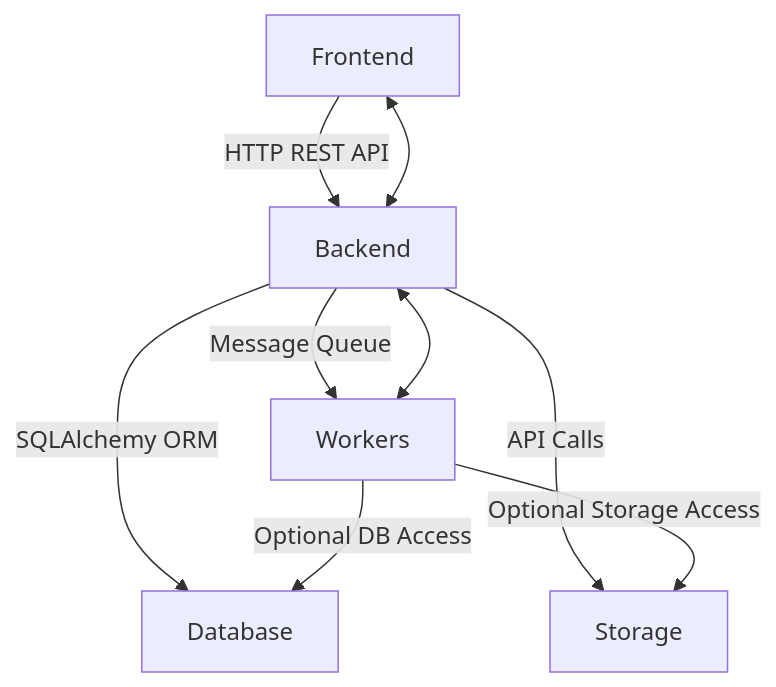
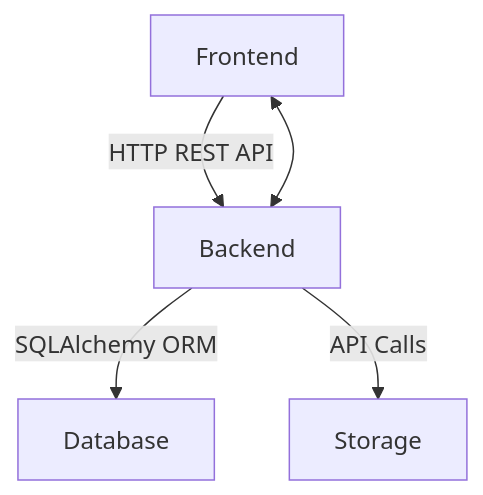
Before and after one commit to EPFL-ENAC/co2-calculator: the first of 2 diagrams in docs/src/architecture/03-subsystem-map.md, drawn with Mermaid. The commit also changed other lines of this file and 2 other files, not shown here.

First line of the commit message:
docs(860): remove Redis/Celery nodes from architecture mermaid diagrams

````diff
--- a/docs/src/architecture/03-subsystem-map.md
+++ b/docs/src/architecture/03-subsystem-map.md
@@ -5,21 +5,16 @@
 ```mermaid
 graph TD
     %% Layers
     FE[Frontend]
     BE[Backend]
-    WK[Workers]
     DB[Database]
     ST[Storage]
 
     %% Main Flow
     FE -->|HTTP REST API| BE
-    BE -->|Message Queue| WK
     BE -->|SQLAlchemy ORM| DB
     BE -->|API Calls| ST
-    WK -->|Optional DB Access| DB
-    WK -->|Optional Storage Access| ST
 
     %% Bidirectional Arrows
     FE <--> BE
-    BE <--> WK
 ```
````
